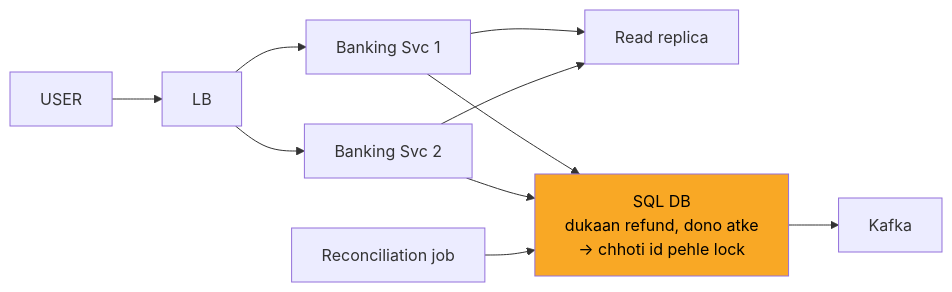
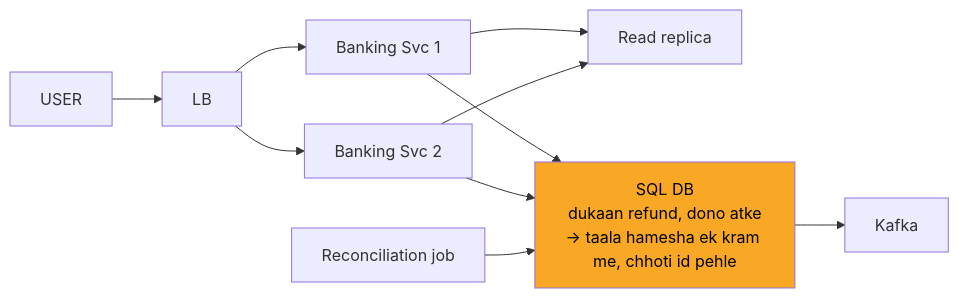
The tenth of 13 diagrams in 04_HLD/SYSTEM_DESIGNS/13_banking_system/13_banking_system.md (ArpanMaheshwari144/Prep), drawn with Mermaid before and after one commit. The commit also changed other lines of this file and 13 other files, not shown here.

````diff
--- a/04_HLD/SYSTEM_DESIGNS/13_banking_system/13_banking_system.md
+++ b/04_HLD/SYSTEM_DESIGNS/13_banking_system/13_banking_system.md
@@ -307,21 +307,21 @@
 ```mermaid
 flowchart LR
     n_USER["USER"]
     n_LB["LB"]
     n_S1["Banking Svc 1"]
     n_S2["Banking Svc 2"]
     n_RR["Read replica"]
-    n_DB["SQL DB<br/>dukaan refund, dono atke<br/>-> chhoti id pehle lock"]
+    n_DB["SQL DB<br/>dukaan refund, dono atke<br/>-> taala hamesha ek kram me, chhoti id pehle"]
     n_K["Kafka"]
     n_REC["Reconciliation job"]
     n_USER --> n_LB
     n_LB --> n_S1
     n_LB --> n_S2
     n_S1 --> n_RR
     n_S2 --> n_RR
     n_S1 --> n_DB
     n_S2 --> n_DB
     n_DB --> n_K
     n_REC --> n_DB
     style n_DB fill:#f9a825,color:#000
 ```
````
